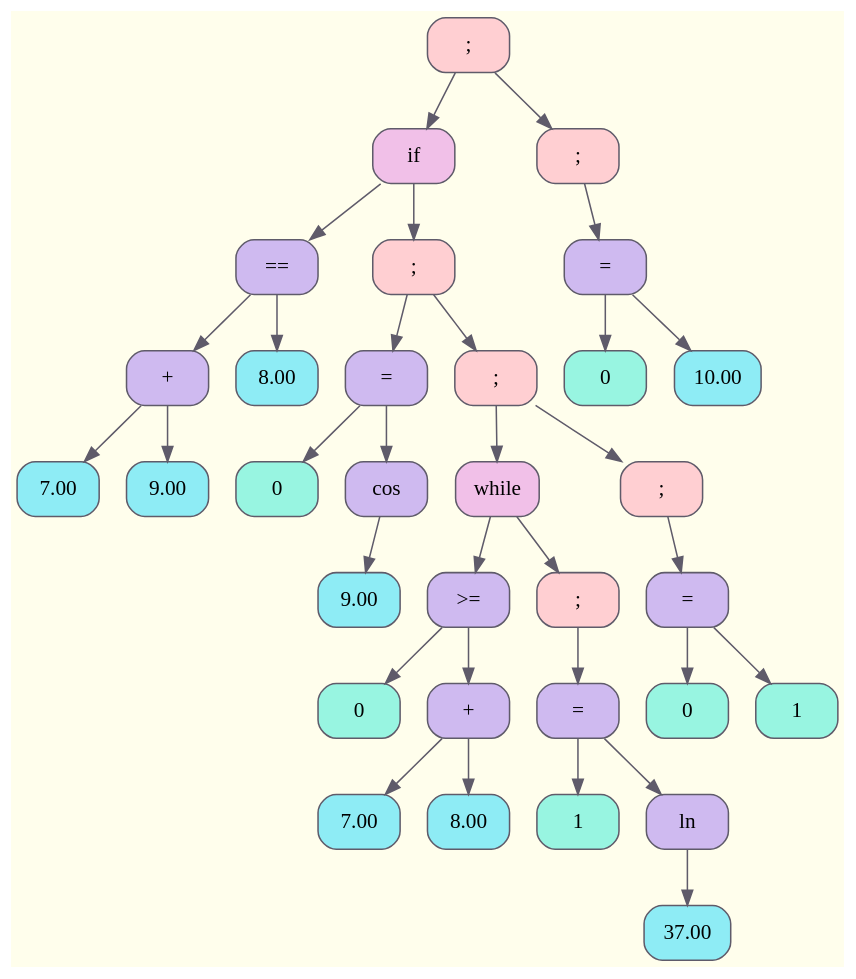
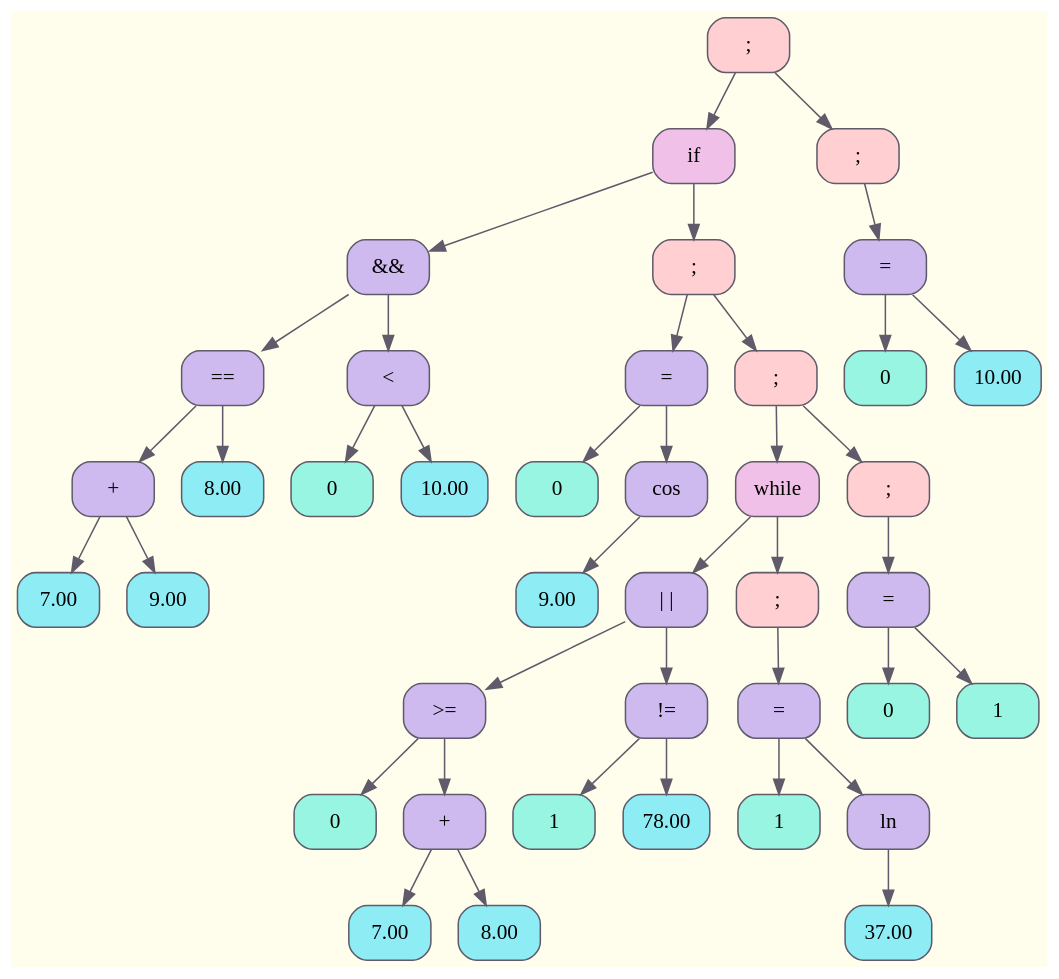
Before and after one commit to ksshkh/language: the diagram in frontend/debug/tree.dot, drawn with Graphviz. The commit also changed 8 other files, not shown here.

```diff
--- a/frontend/debug/tree.dot
+++ b/frontend/debug/tree.dot
@@ -1,69 +1,85 @@
 digraph Tree {
 	rankdir = TB;
 	node [shape = record];
 	edge [color = "#5F5B6A"];
 	bgcolor = "#FFFEEC";
-	node0x610ec5f65820 [color = "#5F5B6A", shape = Mrecord, style = filled, fillcolor = "#FFCFD2", label = "{;}"];
-		node0x610ec5f65820 -> node0x610ec5f65790
-	node0x610ec5f65790 [color = "#5F5B6A", shape = Mrecord, style = filled, fillcolor = "#F1C0E8", label = "{if}"];
-		node0x610ec5f65790 -> node0x610ec5f65520
-	node0x610ec5f65520 [color = "#5F5B6A", shape = Mrecord, style = filled, fillcolor = "#CFBAF0", label = "{==}"];
-		node0x610ec5f65520 -> node0x610ec5f654f0
-	node0x610ec5f654f0 [color = "#5F5B6A", shape = Mrecord, style = filled, fillcolor = "#CFBAF0", label = "{+}"];
-		node0x610ec5f654f0 -> node0x610ec5f64930
-	node0x610ec5f64930 [color = "#5F5B6A", shape = Mrecord, style = filled, fillcolor = "#8EECF5", label = "{7.00}"];
-		node0x610ec5f654f0 -> node0x610ec5f64990
-	node0x610ec5f64990 [color = "#5F5B6A", shape = Mrecord, style = filled, fillcolor = "#8EECF5", label = "{9.00}"];
-		node0x610ec5f65520 -> node0x610ec5f649f0
-	node0x610ec5f649f0 [color = "#5F5B6A", shape = Mrecord, style = filled, fillcolor = "#8EECF5", label = "{8.00}"];
-		node0x610ec5f65790 -> node0x610ec5f65760
-	node0x610ec5f65760 [color = "#5F5B6A", shape = Mrecord, style = filled, fillcolor = "#FFCFD2", label = "{;}"];
-		node0x610ec5f65760 -> node0x610ec5f65580
-	node0x610ec5f65580 [color = "#5F5B6A", shape = Mrecord, style = filled, fillcolor = "#CFBAF0", label = "{=}"];
-		node0x610ec5f65580 -> node0x610ec5f64a80
-	node0x610ec5f64a80 [color = "#5F5B6A", shape = Mrecord, style = filled, fillcolor = "#98F5E1", label = "{0}"];
-		node0x610ec5f65580 -> node0x610ec5f65550
-	node0x610ec5f65550 [color = "#5F5B6A", shape = Mrecord, style = filled, fillcolor = "#CFBAF0", label = "{cos}"];
-		node0x610ec5f65550 -> node0x610ec5f64b40
-	node0x610ec5f64b40 [color = "#5F5B6A", shape = Mrecord, style = filled, fillcolor = "#8EECF5", label = "{9.00}"];
-		node0x610ec5f65760 -> node0x610ec5f65730
-	node0x610ec5f65730 [color = "#5F5B6A", shape = Mrecord, style = filled, fillcolor = "#FFCFD2", label = "{;}"];
-		node0x610ec5f65730 -> node0x610ec5f656a0
-	node0x610ec5f656a0 [color = "#5F5B6A", shape = Mrecord, style = filled, fillcolor = "#F1C0E8", label = "{while}"];
-		node0x610ec5f656a0 -> node0x610ec5f655e0
-	node0x610ec5f655e0 [color = "#5F5B6A", shape = Mrecord, style = filled, fillcolor = "#CFBAF0", label = "{&gt;=}"];
-		node0x610ec5f655e0 -> node0x610ec5f64c30
-	node0x610ec5f64c30 [color = "#5F5B6A", shape = Mrecord, style = filled, fillcolor = "#98F5E1", label = "{0}"];
-		node0x610ec5f655e0 -> node0x610ec5f655b0
-	node0x610ec5f655b0 [color = "#5F5B6A", shape = Mrecord, style = filled, fillcolor = "#CFBAF0", label = "{+}"];
-		node0x610ec5f655b0 -> node0x610ec5f64c90
-	node0x610ec5f64c90 [color = "#5F5B6A", shape = Mrecord, style = filled, fillcolor = "#8EECF5", label = "{7.00}"];
-		node0x610ec5f655b0 -> node0x610ec5f64cf0
-	node0x610ec5f64cf0 [color = "#5F5B6A", shape = Mrecord, style = filled, fillcolor = "#8EECF5", label = "{8.00}"];
-		node0x610ec5f656a0 -> node0x610ec5f65670
-	node0x610ec5f65670 [color = "#5F5B6A", shape = Mrecord, style = filled, fillcolor = "#FFCFD2", label = "{;}"];
-		node0x610ec5f65670 -> node0x610ec5f65640
-	node0x610ec5f65640 [color = "#5F5B6A", shape = Mrecord, style = filled, fillcolor = "#CFBAF0", label = "{=}"];
-		node0x610ec5f65640 -> node0x610ec5f64d80
-	node0x610ec5f64d80 [color = "#5F5B6A", shape = Mrecord, style = filled, fillcolor = "#98F5E1", label = "{1}"];
-		node0x610ec5f65640 -> node0x610ec5f65610
-	node0x610ec5f65610 [color = "#5F5B6A", shape = Mrecord, style = filled, fillcolor = "#CFBAF0", label = "{ln}"];
-		node0x610ec5f65610 -> node0x610ec5f64e40
-	node0x610ec5f64e40 [color = "#5F5B6A", shape = Mrecord, style = filled, fillcolor = "#8EECF5", label = "{37.00}"];
-		node0x610ec5f65730 -> node0x610ec5f65700
-	node0x610ec5f65700 [color = "#5F5B6A", shape = Mrecord, style = filled, fillcolor = "#FFCFD2", label = "{;}"];
-		node0x610ec5f65700 -> node0x610ec5f656d0
-	node0x610ec5f656d0 [color = "#5F5B6A", shape = Mrecord, style = filled, fillcolor = "#CFBAF0", label = "{=}"];
-		node0x610ec5f656d0 -> node0x610ec5f64f00
-	node0x610ec5f64f00 [color = "#5F5B6A", shape = Mrecord, style = filled, fillcolor = "#98F5E1", label = "{0}"];
-		node0x610ec5f656d0 -> node0x610ec5f64f60
-	node0x610ec5f64f60 [color = "#5F5B6A", shape = Mrecord, style = filled, fillcolor = "#98F5E1", label = "{1}"];
-		node0x610ec5f65820 -> node0x610ec5f657f0
-	node0x610ec5f657f0 [color = "#5F5B6A", shape = Mrecord, style = filled, fillcolor = "#FFCFD2", label = "{;}"];
-		node0x610ec5f657f0 -> node0x610ec5f657c0
-	node0x610ec5f657c0 [color = "#5F5B6A", shape = Mrecord, style = filled, fillcolor = "#CFBAF0", label = "{=}"];
-		node0x610ec5f657c0 -> node0x610ec5f64ff0
-	node0x610ec5f64ff0 [color = "#5F5B6A", shape = Mrecord, style = filled, fillcolor = "#98F5E1", label = "{0}"];
-		node0x610ec5f657c0 -> node0x610ec5f65050
-	node0x610ec5f65050 [color = "#5F5B6A", shape = Mrecord, style = filled, fillcolor = "#8EECF5", label = "{10.00}"];
+	node0x5a853feedb40 [color = "#5F5B6A", shape = Mrecord, style = filled, fillcolor = "#FFCFD2", label = "{;}"];
+		node0x5a853feedb40 -> node0x5a853feedab0
+	node0x5a853feedab0 [color = "#5F5B6A", shape = Mrecord, style = filled, fillcolor = "#F1C0E8", label = "{if}"];
+		node0x5a853feedab0 -> node0x5a853feed7e0
+	node0x5a853feed7e0 [color = "#5F5B6A", shape = Mrecord, style = filled, fillcolor = "#CFBAF0", label = "{&&}"];
+		node0x5a853feed7e0 -> node0x5a853feed780
+	node0x5a853feed780 [color = "#5F5B6A", shape = Mrecord, style = filled, fillcolor = "#CFBAF0", label = "{==}"];
+		node0x5a853feed780 -> node0x5a853feed750
+	node0x5a853feed750 [color = "#5F5B6A", shape = Mrecord, style = filled, fillcolor = "#CFBAF0", label = "{+}"];
+		node0x5a853feed750 -> node0x5a853feeca10
+	node0x5a853feeca10 [color = "#5F5B6A", shape = Mrecord, style = filled, fillcolor = "#8EECF5", label = "{7.00}"];
+		node0x5a853feed750 -> node0x5a853feeca70
+	node0x5a853feeca70 [color = "#5F5B6A", shape = Mrecord, style = filled, fillcolor = "#8EECF5", label = "{9.00}"];
+		node0x5a853feed780 -> node0x5a853feecad0
+	node0x5a853feecad0 [color = "#5F5B6A", shape = Mrecord, style = filled, fillcolor = "#8EECF5", label = "{8.00}"];
+		node0x5a853feed7e0 -> node0x5a853feed7b0
+	node0x5a853feed7b0 [color = "#5F5B6A", shape = Mrecord, style = filled, fillcolor = "#CFBAF0", label = "{&lt;}"];
+		node0x5a853feed7b0 -> node0x5a853feecb30
+	node0x5a853feecb30 [color = "#5F5B6A", shape = Mrecord, style = filled, fillcolor = "#98F5E1", label = "{0}"];
+		node0x5a853feed7b0 -> node0x5a853feecb90
+	node0x5a853feecb90 [color = "#5F5B6A", shape = Mrecord, style = filled, fillcolor = "#8EECF5", label = "{10.00}"];
+		node0x5a853feedab0 -> node0x5a853feeda80
+	node0x5a853feeda80 [color = "#5F5B6A", shape = Mrecord, style = filled, fillcolor = "#FFCFD2", label = "{;}"];
+		node0x5a853feeda80 -> node0x5a853feed840
+	node0x5a853feed840 [color = "#5F5B6A", shape = Mrecord, style = filled, fillcolor = "#CFBAF0", label = "{=}"];
+		node0x5a853feed840 -> node0x5a853feecc20
+	node0x5a853feecc20 [color = "#5F5B6A", shape = Mrecord, style = filled, fillcolor = "#98F5E1", label = "{0}"];
+		node0x5a853feed840 -> node0x5a853feed810
+	node0x5a853feed810 [color = "#5F5B6A", shape = Mrecord, style = filled, fillcolor = "#CFBAF0", label = "{cos}"];
+		node0x5a853feed810 -> node0x5a853feecce0
+	node0x5a853feecce0 [color = "#5F5B6A", shape = Mrecord, style = filled, fillcolor = "#8EECF5", label = "{9.00}"];
+		node0x5a853feeda80 -> node0x5a853feeda50
+	node0x5a853feeda50 [color = "#5F5B6A", shape = Mrecord, style = filled, fillcolor = "#FFCFD2", label = "{;}"];
+		node0x5a853feeda50 -> node0x5a853feed9c0
+	node0x5a853feed9c0 [color = "#5F5B6A", shape = Mrecord, style = filled, fillcolor = "#F1C0E8", label = "{while}"];
+		node0x5a853feed9c0 -> node0x5a853feed900
+	node0x5a853feed900 [color = "#5F5B6A", shape = Mrecord, style = filled, fillcolor = "#CFBAF0", label = "{\| \|}"];
+		node0x5a853feed900 -> node0x5a853feed8a0
+	node0x5a853feed8a0 [color = "#5F5B6A", shape = Mrecord, style = filled, fillcolor = "#CFBAF0", label = "{&gt;=}"];
+		node0x5a853feed8a0 -> node0x5a853feecdd0
+	node0x5a853feecdd0 [color = "#5F5B6A", shape = Mrecord, style = filled, fillcolor = "#98F5E1", label = "{0}"];
+		node0x5a853feed8a0 -> node0x5a853feed870
+	node0x5a853feed870 [color = "#5F5B6A", shape = Mrecord, style = filled, fillcolor = "#CFBAF0", label = "{+}"];
+		node0x5a853feed870 -> node0x5a853feece30
+	node0x5a853feece30 [color = "#5F5B6A", shape = Mrecord, style = filled, fillcolor = "#8EECF5", label = "{7.00}"];
+		node0x5a853feed870 -> node0x5a853feece90
+	node0x5a853feece90 [color = "#5F5B6A", shape = Mrecord, style = filled, fillcolor = "#8EECF5", label = "{8.00}"];
+		node0x5a853feed900 -> node0x5a853feed8d0
+	node0x5a853feed8d0 [color = "#5F5B6A", shape = Mrecord, style = filled, fillcolor = "#CFBAF0", label = "{!=}"];
+		node0x5a853feed8d0 -> node0x5a853feecef0
+	node0x5a853feecef0 [color = "#5F5B6A", shape = Mrecord, style = filled, fillcolor = "#98F5E1", label = "{1}"];
+		node0x5a853feed8d0 -> node0x5a853feecf50
+	node0x5a853feecf50 [color = "#5F5B6A", shape = Mrecord, style = filled, fillcolor = "#8EECF5", label = "{78.00}"];
+		node0x5a853feed9c0 -> node0x5a853feed990
+	node0x5a853feed990 [color = "#5F5B6A", shape = Mrecord, style = filled, fillcolor = "#FFCFD2", label = "{;}"];
+		node0x5a853feed990 -> node0x5a853feed960
+	node0x5a853feed960 [color = "#5F5B6A", shape = Mrecord, style = filled, fillcolor = "#CFBAF0", label = "{=}"];
+		node0x5a853feed960 -> node0x5a853feecfe0
+	node0x5a853feecfe0 [color = "#5F5B6A", shape = Mrecord, style = filled, fillcolor = "#98F5E1", label = "{1}"];
+		node0x5a853feed960 -> node0x5a853feed930
+	node0x5a853feed930 [color = "#5F5B6A", shape = Mrecord, style = filled, fillcolor = "#CFBAF0", label = "{ln}"];
+		node0x5a853feed930 -> node0x5a853feed0a0
+	node0x5a853feed0a0 [color = "#5F5B6A", shape = Mrecord, style = filled, fillcolor = "#8EECF5", label = "{37.00}"];
+		node0x5a853feeda50 -> node0x5a853feeda20
+	node0x5a853feeda20 [color = "#5F5B6A", shape = Mrecord, style = filled, fillcolor = "#FFCFD2", label = "{;}"];
+		node0x5a853feeda20 -> node0x5a853feed9f0
+	node0x5a853feed9f0 [color = "#5F5B6A", shape = Mrecord, style = filled, fillcolor = "#CFBAF0", label = "{=}"];
+		node0x5a853feed9f0 -> node0x5a853feed160
+	node0x5a853feed160 [color = "#5F5B6A", shape = Mrecord, style = filled, fillcolor = "#98F5E1", label = "{0}"];
+		node0x5a853feed9f0 -> node0x5a853feed1c0
+	node0x5a853feed1c0 [color = "#5F5B6A", shape = Mrecord, style = filled, fillcolor = "#98F5E1", label = "{1}"];
+		node0x5a853feedb40 -> node0x5a853feedb10
+	node0x5a853feedb10 [color = "#5F5B6A", shape = Mrecord, style = filled, fillcolor = "#FFCFD2", label = "{;}"];
+		node0x5a853feedb10 -> node0x5a853feedae0
+	node0x5a853feedae0 [color = "#5F5B6A", shape = Mrecord, style = filled, fillcolor = "#CFBAF0", label = "{=}"];
+		node0x5a853feedae0 -> node0x5a853feed250
+	node0x5a853feed250 [color = "#5F5B6A", shape = Mrecord, style = filled, fillcolor = "#98F5E1", label = "{0}"];
+		node0x5a853feedae0 -> node0x5a853feed2b0
+	node0x5a853feed2b0 [color = "#5F5B6A", shape = Mrecord, style = filled, fillcolor = "#8EECF5", label = "{10.00}"];
 }
```
